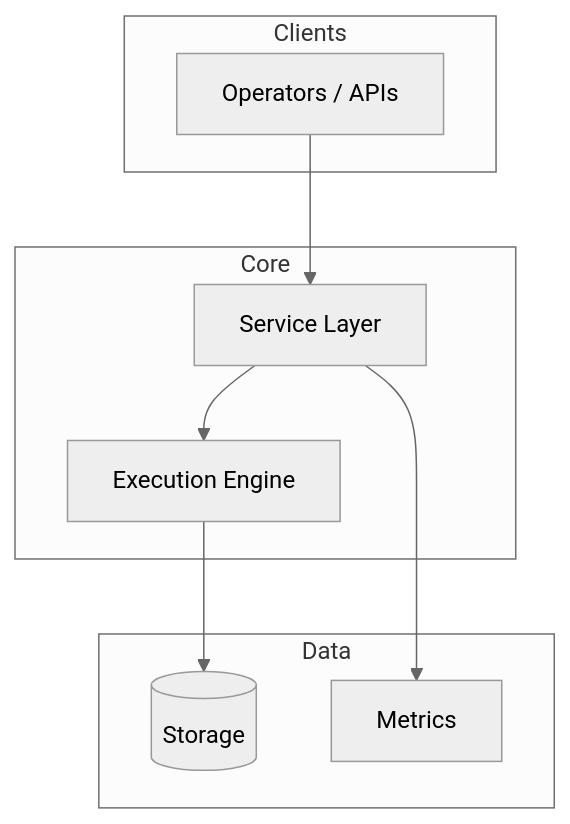
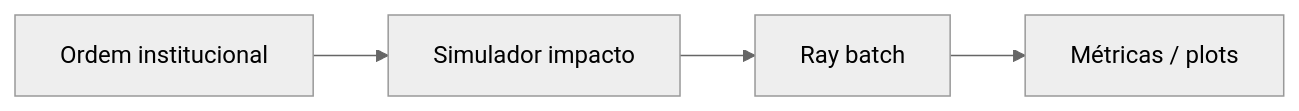
The diagram in README.md (SrSatriano/dark-pool-market-impact-simulator), drawn with Mermaid (neutral theme) before and after one commit. The commit also changed other lines of this file and 7 other files, not shown here.

````diff
--- a/README.md
+++ b/README.md
@@ -54,17 +90,6 @@
 ```mermaid
-flowchart TB
-  subgraph Clients
-    U[Operators / APIs]
-  end
-  subgraph Core
-    S[Service Layer]
-    E[Execution Engine]
-  end
-  subgraph Data
-    D[(Storage)]
-    M[Metrics]
-  end
-  U --> S --> E
-  E --> D
-  S --> M
+flowchart LR
+  ORD[Ordem institucional] --> SIM[Simulador impacto]
+  SIM --> RAY[Ray batch]
+  RAY --> PLOT[Métricas / plots]
 ```
````
